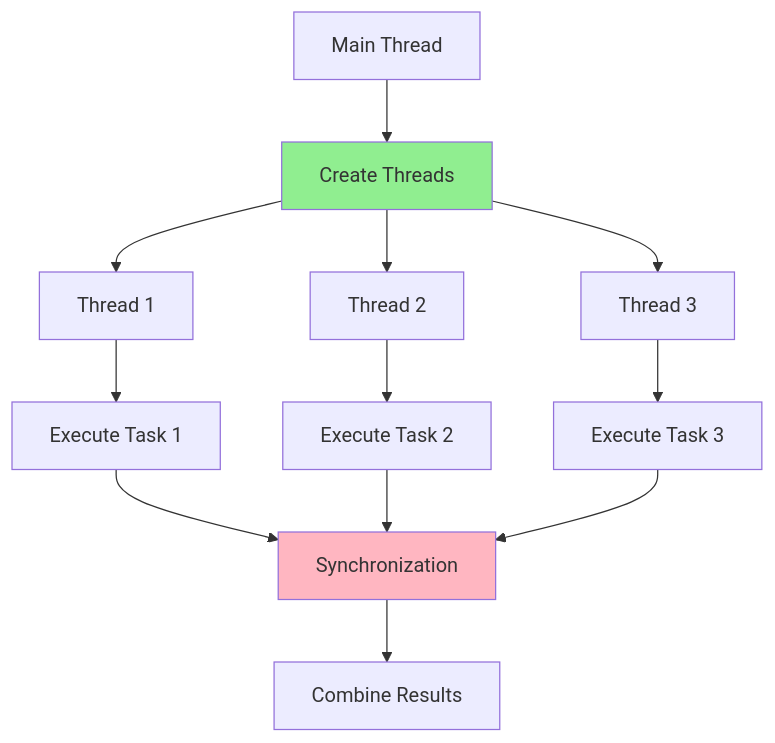
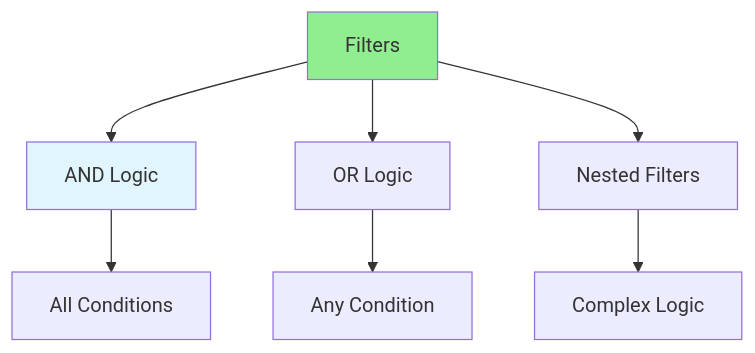
One commit to iouthnamain/tech-note changed the diagram in Full-Stack-Guides/Group-09-Complex-Functions/09.02_Complex_Filtering.md. Above: the diagram before and after it, drawn with Mermaid. The commit also changed other lines of this file and 480 other files, not shown here.

````diff
--- a/Full-Stack-Guides/Group-09-Complex-Functions/09.02_Complex_Filtering.md
+++ b/Full-Stack-Guides/Group-09-Complex-Functions/09.02_Complex_Filtering.md
@@ -23,20 +22,13 @@
 ```mermaid
 graph TD
-    Main[Main Thread] --> Create[Create Threads]
-    Create --> Thread1[Thread 1]
-    Create --> Thread2[Thread 2]
-    Create --> Thread3[Thread 3]
+    Filters[Filters] --> AND[AND Logic]
+    Filters --> OR[OR Logic]
+    Filters --> Nested[Nested Filters]
     
-    Thread1 --> Execute1[Execute Task 1]
-    Thread2 --> Execute2[Execute Task 2]
-    Thread3 --> Execute3[Execute Task 3]
+    AND --> All[All Conditions]
+    OR --> Any[Any Condition]
+    Nested --> Complex[Complex Logic]
     
-    Execute1 --> Sync[Synchronization]
-    Execute2 --> Sync
-    Execute3 --> Sync
-    
-    Sync --> Result[Combine Results]
-    
-    style Create fill:#90EE90
-    style Sync fill:#FFB6C1
+    style Filters fill:#90EE90
+    style AND fill:#e1f5ff
 ```
````
